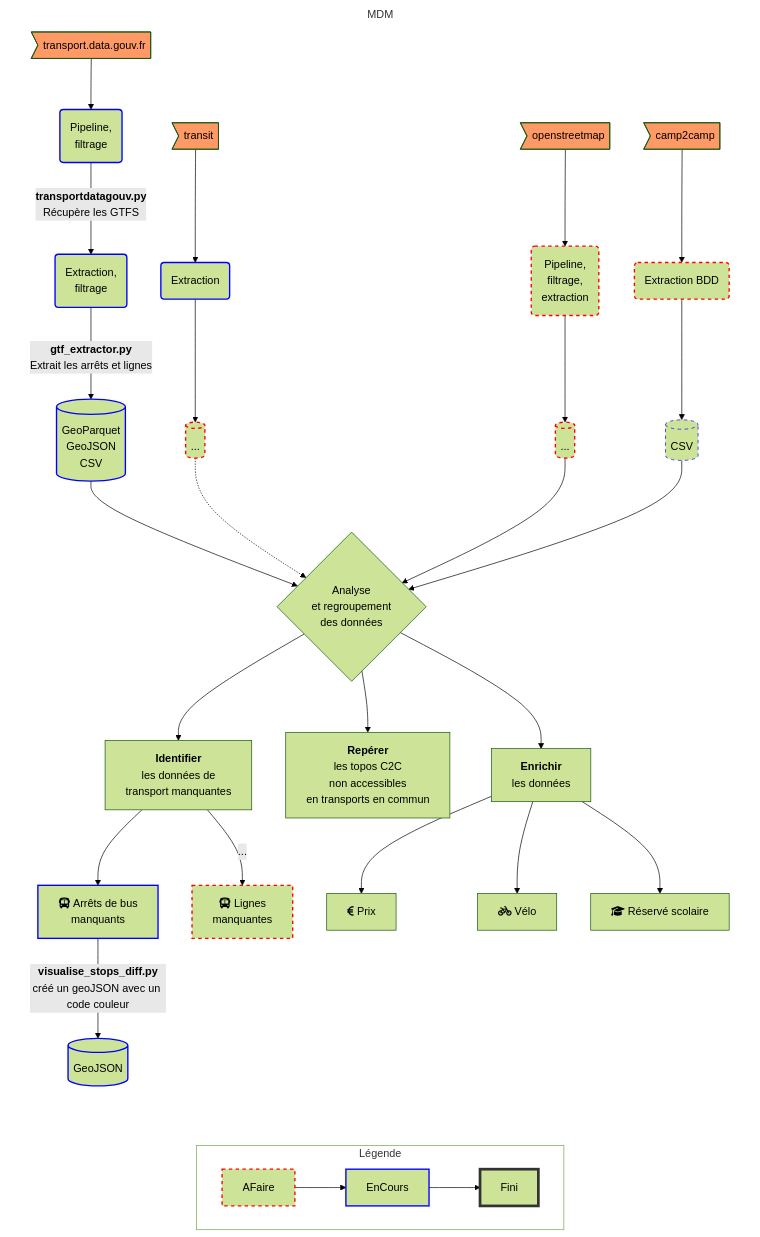
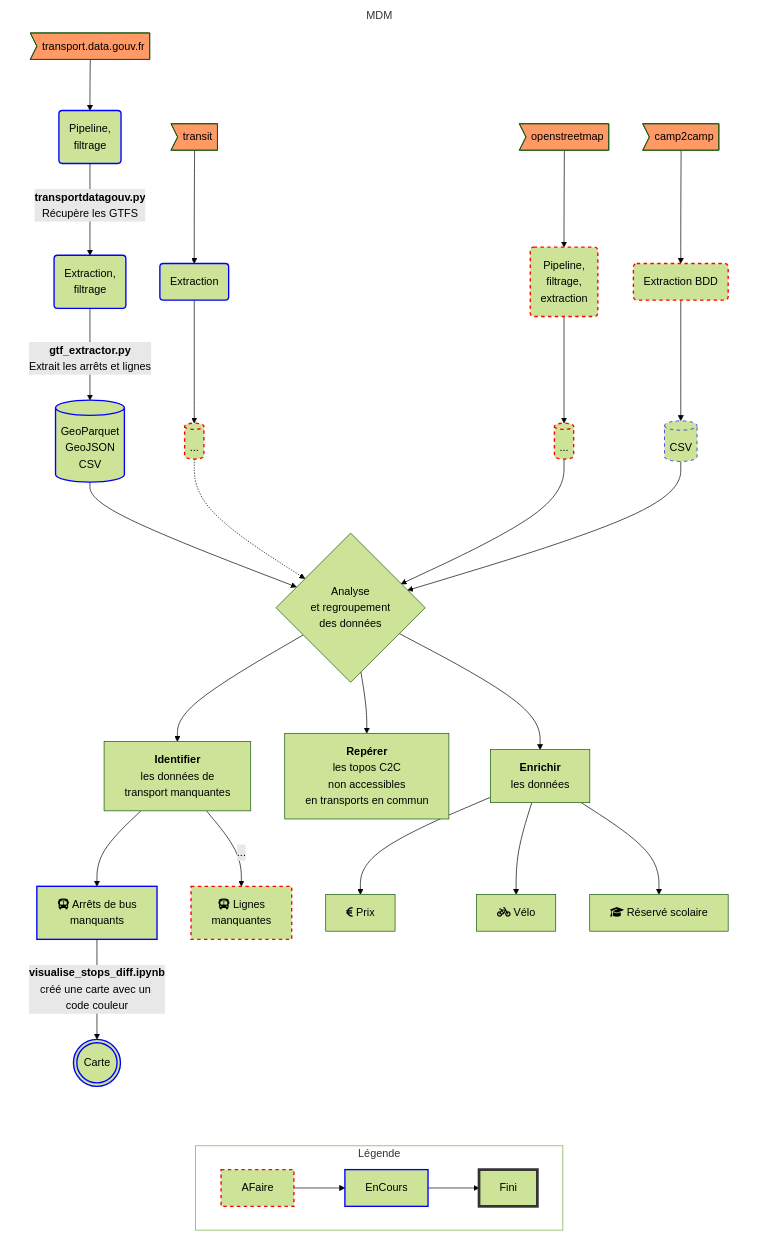
Before and after one commit to lsorba/mobilite_durable: the diagram in doc/process.mermaid, drawn with Mermaid. The commit also changed 3 other files, not shown here.

Commit message:
Add first version of the notebook for visualising stop differences with clustering and mapping features. Updated process.mermaid.

```diff
--- a/doc/process.mermaid
+++ b/doc/process.mermaid
@@ -1,90 +1,90 @@
 ---
 config:
   theme: 'forest'
 ---
 flowchart TD
     subgraph MDM
         direction TB
         SOURCE_TDG>transport.data.gouv.fr] --> PF_TDG("`Pipeline,
                     filtrage`")
         PF_TDG -->|"`__transportdatagouv.py__
                     Récupère les GTFS`"| FE_TDG("`Extraction,
                     filtrage`")
         SOURCE_TRANSIT>transit] --> PFE_TRANSIT("`Extraction`")
         SOURCE_OSM>openstreetmap] --> PFE_OSM("`Pipeline,
                     filtrage,
                     extraction`")
         SOURCE_C2C>camp2camp] --> PFE_C2C("`Extraction BDD`")
 
 
 
         FE_TDG -->|"`__gtf_extractor.py__
                     Extrait les arrêts et lignes`"| EXPORT_TDG[("`GeoParquet
                     GeoJSON
                     CSV`")]
         PFE_TRANSIT --> EXPORT_TRANSIT[("`...`")]
         PFE_OSM --> EXPORT_OSM[("`...`")]
         PFE_C2C --> EXPORT_C2C[("`CSV`")]
         EXPORT_TDG --> ANALYSE{"`Analyse
                     et regroupement
                     des données`"}
         EXPORT_TRANSIT -.-> ANALYSE
         EXPORT_OSM --> ANALYSE
         EXPORT_C2C --> ANALYSE
 
 
         ANALYSE --> IDENTIFIER["`**Identifier**
                     les données de
                     transport manquantes`"]
         ANALYSE --> REPERER["`**Repérer**
                     les topos C2C
                     non accessibles
                     en transports en commun`"]
         ANALYSE --> ENRICHIR["`**Enrichir**
                     les données`"]
         IDENTIFIER --> ARRETS_MANQUANTS["`fa:fa-bus Arrêts de bus
                     manquants`"]
         IDENTIFIER -->|...| LIGNES_MANQUANTES["`fa:fa-bus Lignes
                     manquantes`"]
-        ARRETS_MANQUANTS -->|"`__visualise_stops_diff.py__
-                créé un geoJSON avec un code couleur`"| DIFF[("`GeoJSON`")]
+        ARRETS_MANQUANTS -->|"`__visualise_stops_diff.ipynb__
+                créé une carte avec un code couleur`"| DIFF((("`Carte`")))
         ENRICHIR --> PRIX[fa:fa-eur Prix]
         ENRICHIR --> VELO[fa:fa-bicycle Vélo]
         ENRICHIR --> SPECIAUX[fa:fa-graduation-cap  Réservé scolaire]
 
     %% Styling
         style MDM fill:#fff,stroke:#fff
         style SOURCE_TDG fill:#f96
         style SOURCE_OSM fill:#f96
         style SOURCE_C2C fill:#f96
         style SOURCE_TRANSIT fill:#f96
 
     %% TODO
         style PFE_OSM stroke:#f00,stroke-width:2px,stroke-dasharray: 5 5
         style PFE_C2C stroke:#f00,stroke-width:2px,stroke-dasharray: 5 5
         style LIGNES_MANQUANTES stroke:#f00,stroke-width:2px,stroke-dasharray: 5 5
         style EXPORT_OSM stroke:#f00,stroke-width:2px,stroke-dasharray: 5 5
         style EXPORT_C2C stroke:#f00,stroke-width:2px,stroke-dasharray: 5 5
         style EXPORT_TRANSIT stroke:#f00,stroke-width:2px,stroke-dasharray: 5 5
     %% In progress
         style PF_TDG stroke:#00f,stroke-width:2px
         style FE_TDG stroke:#00f,stroke-width:2px
         style EXPORT_TDG stroke:#00f,stroke-width:2px
         style EXPORT_C2C stroke:#00f,stroke-width:
         style ARRETS_MANQUANTS stroke:#00f,stroke-width:2px
         style DIFF stroke:#00f,stroke-width:2px
         style PFE_TRANSIT stroke:#00f,stroke-width:2px
     %% DONE
         %% style PF_TDG fill:#0d0,stroke:#333,stroke-width:4px
     end
 
     subgraph Légende
         direction LR
         style Légende fill:#fff
         AFaire --> EnCours --> Fini
         style AFaire stroke:#f00,stroke-width:2px,stroke-dasharray: 5 5
         style EnCours stroke:#00f,stroke-width:2px
         style Fini stroke:#333,stroke-width:4px
     end
 
     MDM ~~~ Légende
```
